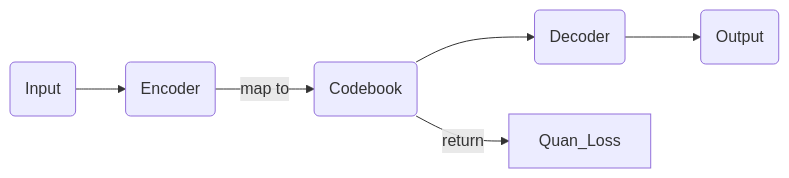
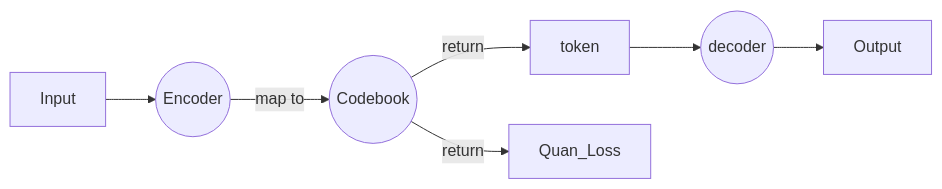
The diagram in README.md (HiFaye4869/Repo-of-Reparo), drawn with Mermaid before and after one commit.

Commit message:
Update README.md
update the graph of the structure

````diff
--- a/README.md
+++ b/README.md
@@ -9,9 +9,8 @@
 ```mermaid
 graph LR
-A(Encoder) -- map to --> B(Codebook)
-M(Input)-->A
-B --> C(Decoder)
-C --> D(Output)
+A((Encoder)) -- map to --> B((Codebook))--return-->F[token]-->C
+M[Input]-->A
+C((decoder)) --> D[Output]
 B -- return --> E
 E[Quan_Loss]
 ```
````
